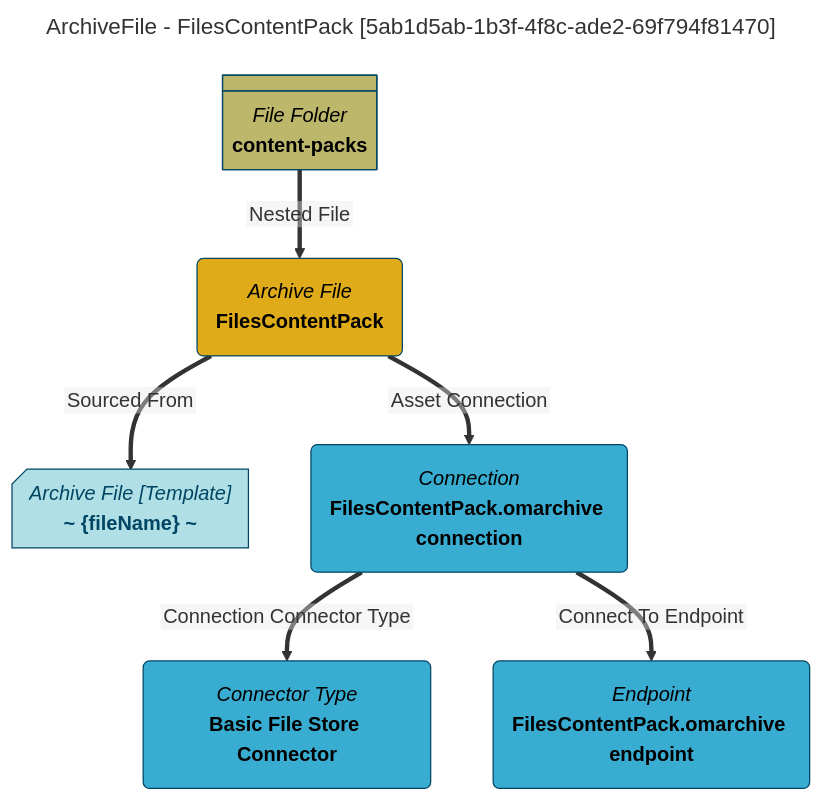
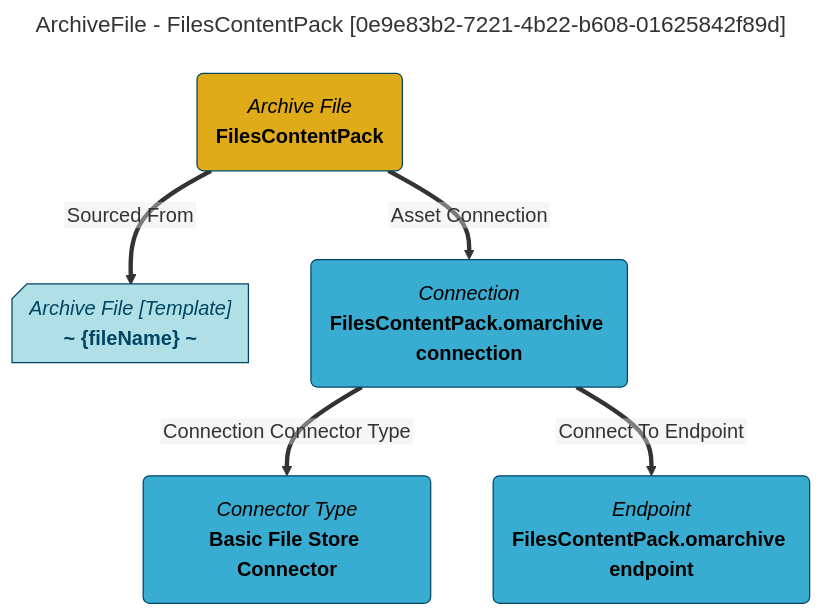
One commit to odpi/egeria-docs changed the diagram in site/snippets/data-assets/filescontentpack-mermaid-graph.md. Above: the diagram before and after it, drawn with Mermaid. The commit also changed 2201 other files, not shown here.

````diff
--- a/site/snippets/data-assets/filescontentpack-mermaid-graph.md
+++ b/site/snippets/data-assets/filescontentpack-mermaid-graph.md
@@ -1,31 +1,27 @@
 ```mermaid
 ---
-title: ArchiveFile - FilesContentPack [5ab1d5ab-1b3f-4f8c-ade2-69f794f81470]
+title: ArchiveFile - FilesContentPack [0e9e83b2-7221-4b22-b608-01625842f89d]
 ---
 flowchart TD
 %%{init: {"flowchart": {"htmlLabels": false}} }%%
 
 1@{ shape: rounded, label: "*Archive File*
 **FilesContentPack**"}
 2@{ shape: card, label: "*Archive File [Template]*
 **~ {fileName} ~**"}
 1==>|"Sourced From"|2
 3@{ shape: rounded, label: "*Connection*
 **FilesContentPack.omarchive connection**"}
 1==>|"Asset Connection"|3
 4@{ shape: rounded, label: "*Connector Type*
 **Basic File Store Connector**"}
 3==>|"Connection Connector Type"|4
 5@{ shape: rounded, label: "*Endpoint*
 **FilesContentPack.omarchive endpoint**"}
 3==>|"Connect To Endpoint"|5
-6@{ shape: div-rect, label: "*File Folder*
-**content-packs**"}
-6==>|"Nested File"|1
 style 1 color:#000000, fill:#e0ab18, stroke:#004563
 style 2 color:#004563, fill:#b0e0e6, stroke:#004563
 style 3 color:#000000, fill:#39add1, stroke:#004563
 style 4 color:#000000, fill:#39add1, stroke:#004563
 style 5 color:#000000, fill:#39add1, stroke:#004563
-style 6 color:#000000, fill:#bdb76b, stroke:#004563
 ```
````
